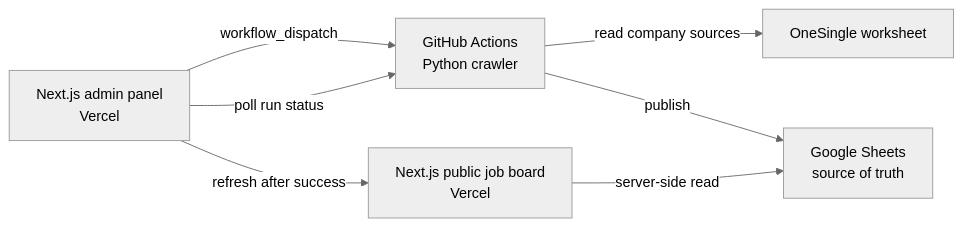
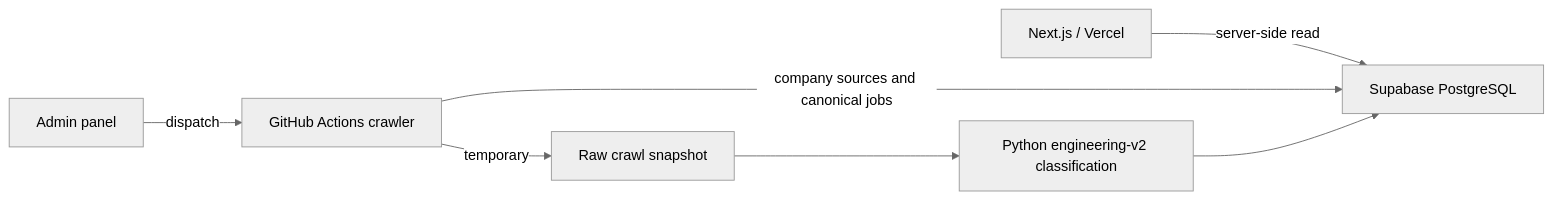
Before and after one commit to umutyesildal/job-client: the diagram in README.md, drawn with Mermaid (neutral theme). The commit also changed other lines of this file and 43 other files, not shown here.

First line of the commit message:
Migrate canonical job storage to PostgreSQL (#19)

````diff
--- a/README.md
+++ b/README.md
@@ -42,9 +17,9 @@
 ```mermaid
 flowchart LR
-    A["Next.js public job board<br/>Vercel"] -->|"server-side read"| S["Google Sheets<br/>source of truth"]
-    B["Next.js admin panel<br/>Vercel"] -->|"workflow_dispatch"| G["GitHub Actions<br/>Python crawler"]
-    G -->|"read company sources"| C["OneSingle worksheet"]
-    G -->|"publish"| S
-    B -->|"poll run status"| G
-    B -->|"refresh after success"| A
+    V["Next.js / Vercel"] -->|server-side read| P["Supabase PostgreSQL"]
+    A["Admin panel"] -->|dispatch| G["GitHub Actions crawler"]
+    G -->|company sources and canonical jobs| P
+    G -->|temporary| R["Raw crawl snapshot"]
+    R --> T["Python engineering-v2 classification"]
+    T --> P
 ```
````
